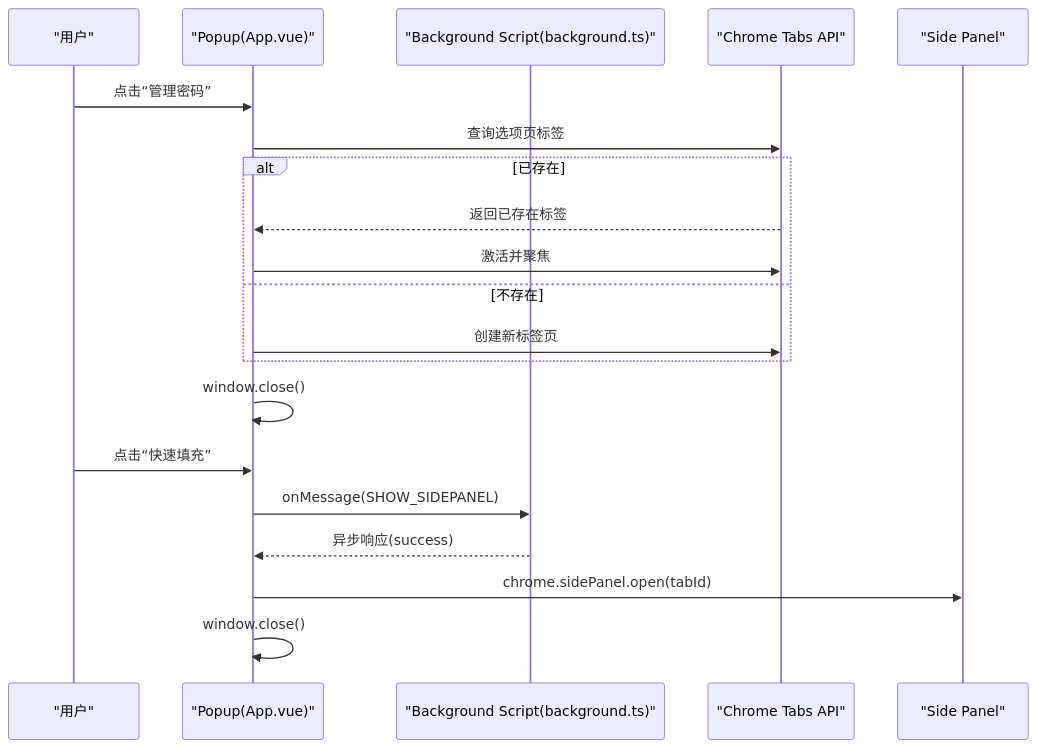
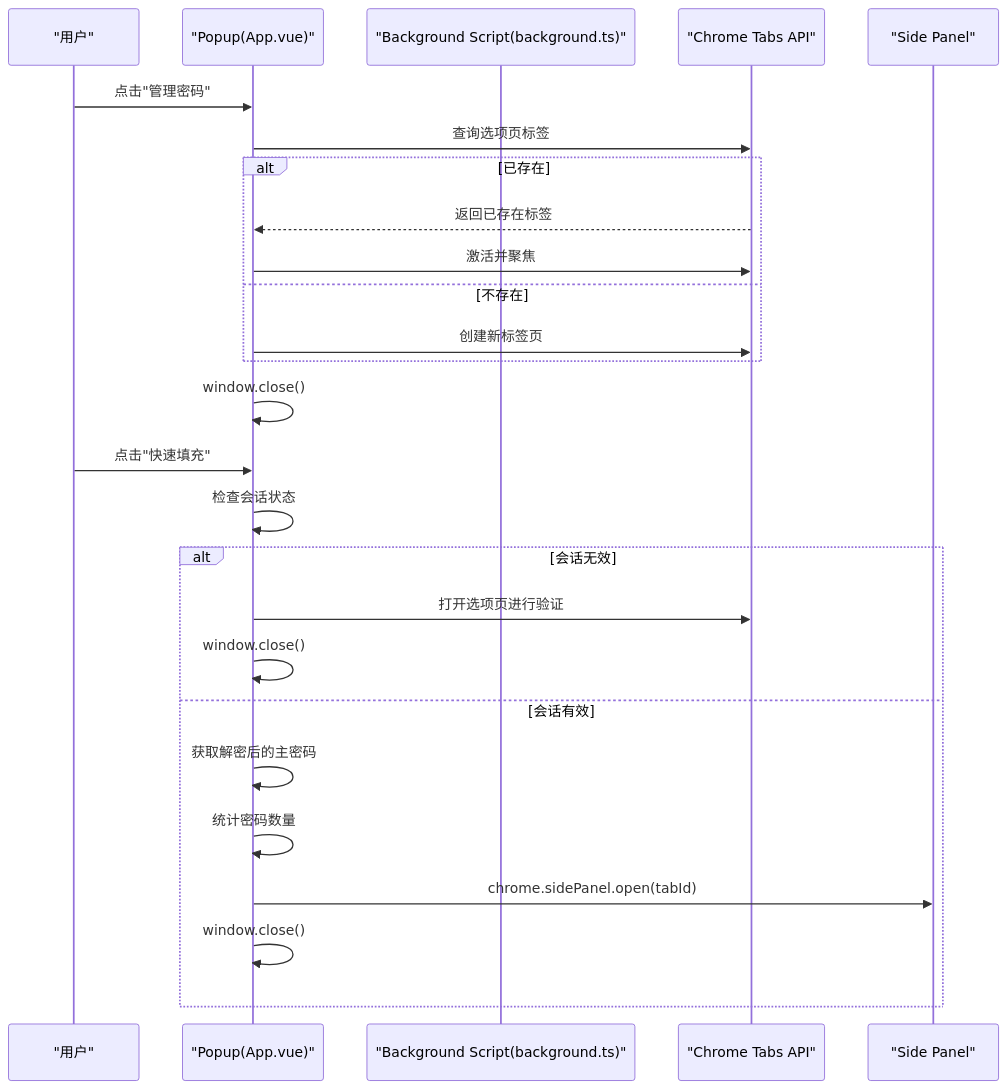
The second of 5 diagrams in .qoder/repowiki/zh/content/扩展入口点/Popup Interface.md (liaolongdong/account-password-helper), drawn with Mermaid before and after one commit. The commit also changed other lines of this file and 23 other files, not shown here.

````diff
--- a/.qoder/repowiki/zh/content/扩展入口点/Popup Interface.md
+++ b/.qoder/repowiki/zh/content/扩展入口点/Popup Interface.md
@@ -88,22 +98,28 @@
 ```mermaid
 sequenceDiagram
 participant U as "用户"
 participant P as "Popup(App.vue)"
 participant BG as "Background Script(background.ts)"
 participant TAB as "Chrome Tabs API"
 participant SP as "Side Panel"
-U->>P : 点击“管理密码”
+U->>P : 点击"管理密码"
 P->>TAB : 查询选项页标签
 alt 已存在
 TAB-->>P : 返回已存在标签
 P->>TAB : 激活并聚焦
 else 不存在
 P->>TAB : 创建新标签页
 end
 P->>P : window.close()
-U->>P : 点击“快速填充”
-P->>BG : onMessage(SHOW_SIDEPANEL)
-BG-->>P : 异步响应(success)
+U->>P : 点击"快速填充"
+P->>P : 检查会话状态
+alt 会话无效
+P->>TAB : 打开选项页进行验证
+P->>P : window.close()
+else 会话有效
+P->>P : 获取解密后的主密码
+P->>P : 统计密码数量
 P->>SP : chrome.sidePanel.open(tabId)
 P->>P : window.close()
+end
 ```
````
